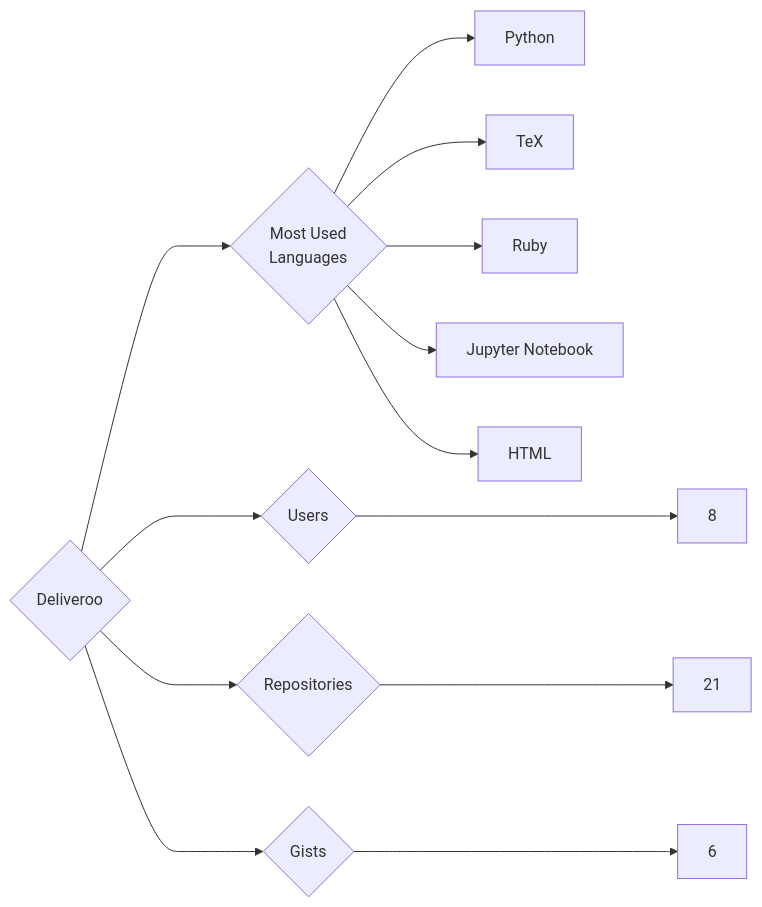
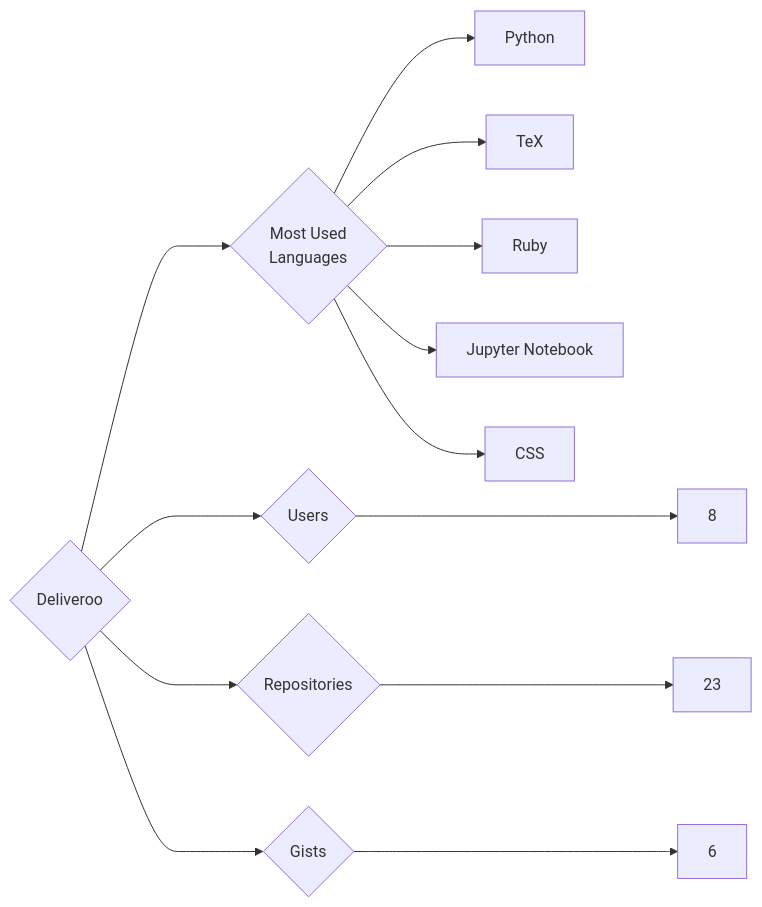
One commit to trickest/insiders changed the diagram in targets/Deliveroo/README.md. Above: the diagram before and after it, drawn with Mermaid. The commit also changed 559 other files, not shown here.

````diff
--- a/targets/Deliveroo/README.md
+++ b/targets/Deliveroo/README.md
@@ -3,13 +3,13 @@
 ```mermaid
 graph LR
 COMPANY_NAME{Deliveroo}
 COMPANY_NAME ---> U{Users} ---> UN[8]
-COMPANY_NAME ---> R{Repositories} ---> RN[21]
+COMPANY_NAME ---> R{Repositories} ---> RN[23]
 COMPANY_NAME ---> G{Gists} ---> GN[6]
 COMPANY_NAME ---> ML{Most Used<br>Languages}
 ML --> Python[Python]
 ML --> TeX[TeX]
 ML --> Ruby[Ruby]
 ML --> Jupyter_Notebook[Jupyter Notebook]
-ML --> HTML[HTML]
+ML --> CSS[CSS]
 ```
````
